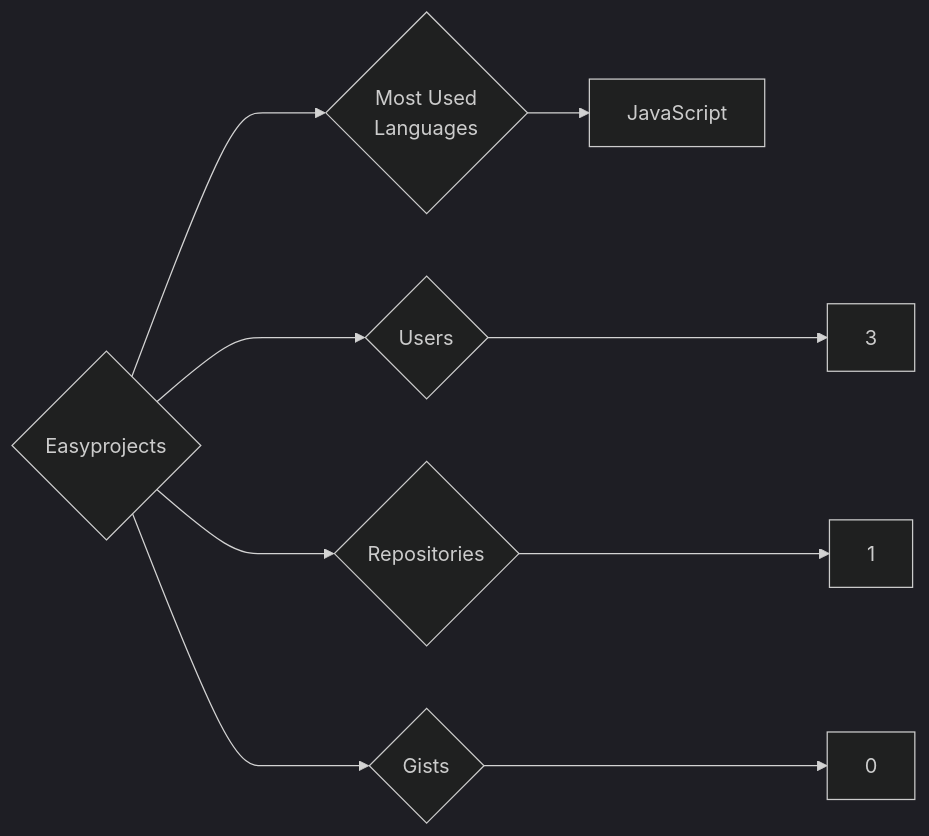
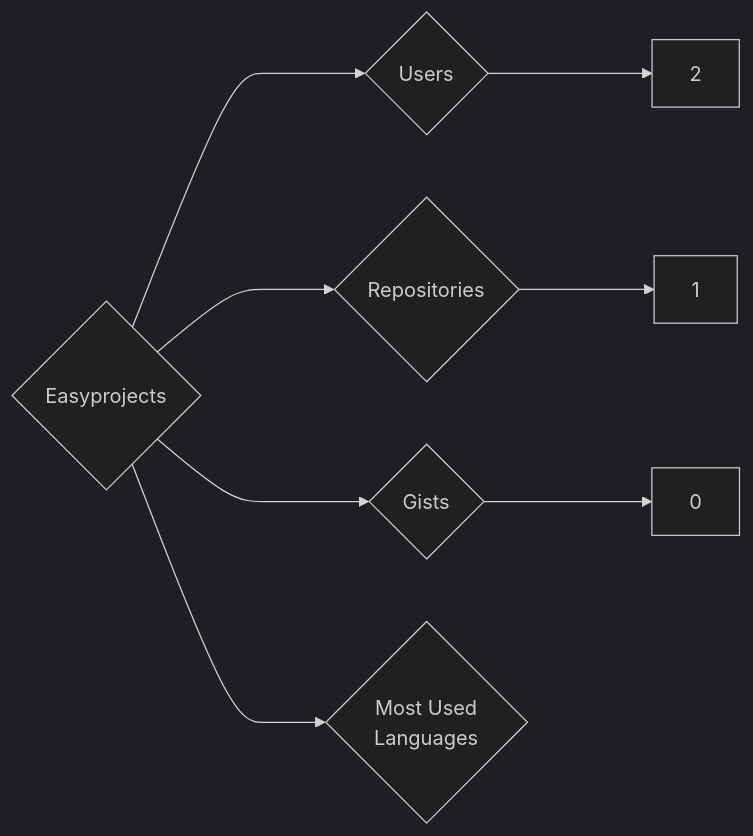
One commit to trickest/insiders changed the diagram in targets/Easyprojects/README.md. Above: the diagram before and after it, drawn with Mermaid (dark theme). The commit also changed 1088 other files, not shown here.

````diff
--- a/targets/Easyprojects/README.md
+++ b/targets/Easyprojects/README.md
@@ -3,9 +3,8 @@
 ```mermaid
 graph LR
 COMPANY_NAME{Easyprojects}
-COMPANY_NAME ---> U{Users} ---> UN[3]
+COMPANY_NAME ---> U{Users} ---> UN[2]
 COMPANY_NAME ---> R{Repositories} ---> RN[1]
 COMPANY_NAME ---> G{Gists} ---> GN[0]
 COMPANY_NAME ---> ML{Most Used<br>Languages}
-ML --> JavaScript[JavaScript]
 ```
````
